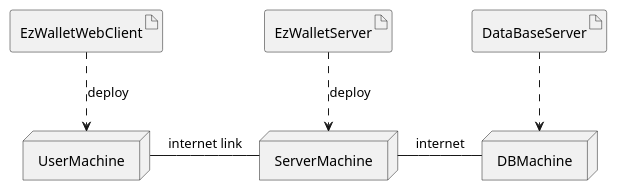
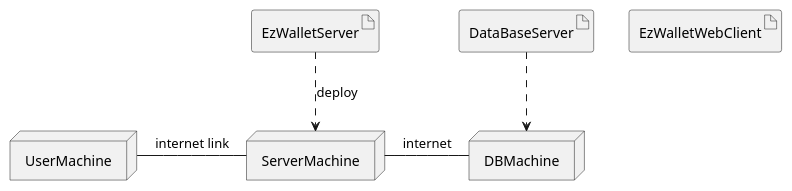
The fifth of 5 diagrams in RequirementsDocumentV1.md (lara-m2000/ezwallet), drawn with PlantUML before and after one commit. The commit also changed other lines of this file, not shown here.

Commit message:
docs: updated deployment diagram and system design

````diff
--- a/RequirementsDocumentV1.md
+++ b/RequirementsDocumentV1.md
@@ -568,29 +567,28 @@
 ```plantuml
 @startuml
 
 
 artifact EzWalletServer
 node ServerMachine
 
 EzWalletServer ..> ServerMachine : deploy
 
 
 artifact DataBaseServer
 node DBMachine
 
 DataBaseServer ..> DBMachine
 
 
 
 ServerMachine - DBMachine : internet
 
 artifact EzWalletWebClient
 node UserMachine
 
-EzWalletWebClient ..> UserMachine : deploy
 
 UserMachine - ServerMachine : internet link
 
 
 @enduml
 ```
````
